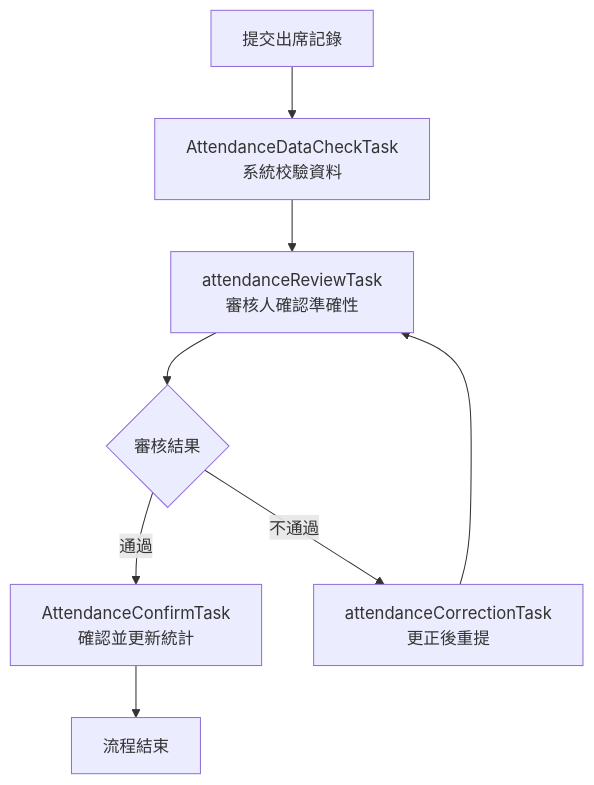
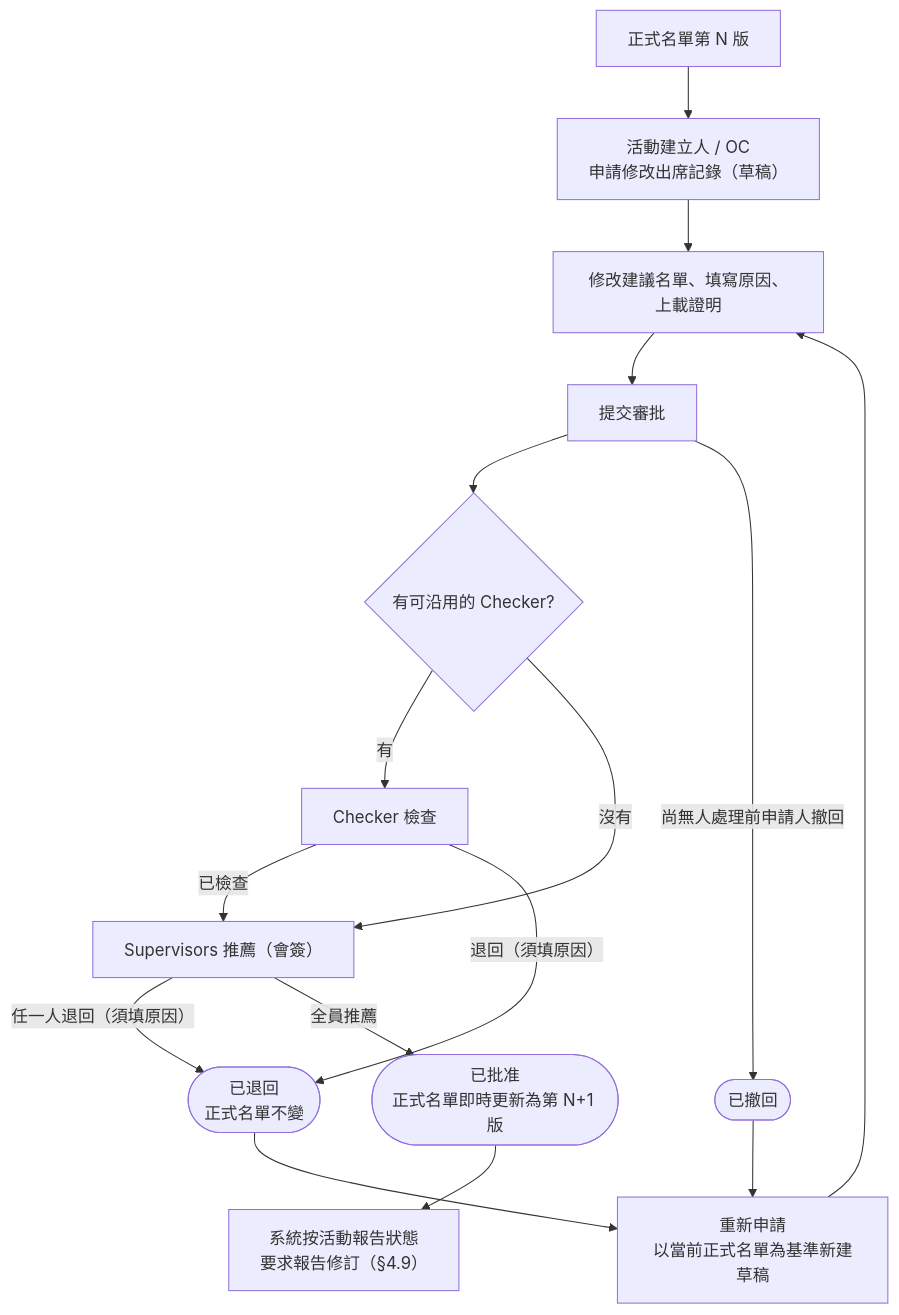
The second of 2 diagrams in activity-attendance-guide.md (OneStar-Projects/SLAS-Docs), drawn with Mermaid before and after one commit. The commit also changed other lines of this file and 12 other files, not shown here.

````diff
--- a/activity-attendance-guide.md
+++ b/activity-attendance-guide.md
@@ -78,10 +91,18 @@
 ```mermaid
 flowchart TD
-    A[提交出席記錄] --> B[AttendanceDataCheckTask<br/>系統校驗資料]
-    B --> C[attendanceReviewTask<br/>審核人確認準確性]
-    C --> D{審核結果}
-    D -- 通過 --> E[AttendanceConfirmTask<br/>確認並更新統計]
-    D -- 不通過 --> F[attendanceCorrectionTask<br/>更正後重提]
-    F --> C
-    E --> G[流程結束]
+    A[正式名單第 N 版] --> B[活動建立人 / OC<br/>申請修改出席記錄（草稿）]
+    B --> C[修改建議名單、填寫原因、上載證明]
+    C --> D[提交審批]
+    D --> E{有可沿用的 Checker?}
+    E -- 有 --> F[Checker 檢查]
+    E -- 沒有 --> G[Supervisors 推薦（會簽）]
+    F -- 已檢查 --> G
+    F -- 退回（須填原因） --> R([已退回<br/>正式名單不變])
+    G -- 任一人退回（須填原因） --> R
+    G -- 全員推薦 --> OK([已批准<br/>正式名單即時更新為第 N+1 版])
+    D -- 尚無人處理前申請人撤回 --> W([已撤回])
+    R --> RE[重新申請<br/>以當前正式名單為基準新建草稿]
+    W --> RE
+    RE --> C
+    OK --> RPT[系統按活動報告狀態<br/>要求報告修訂（§4.9）]
 ```
````
